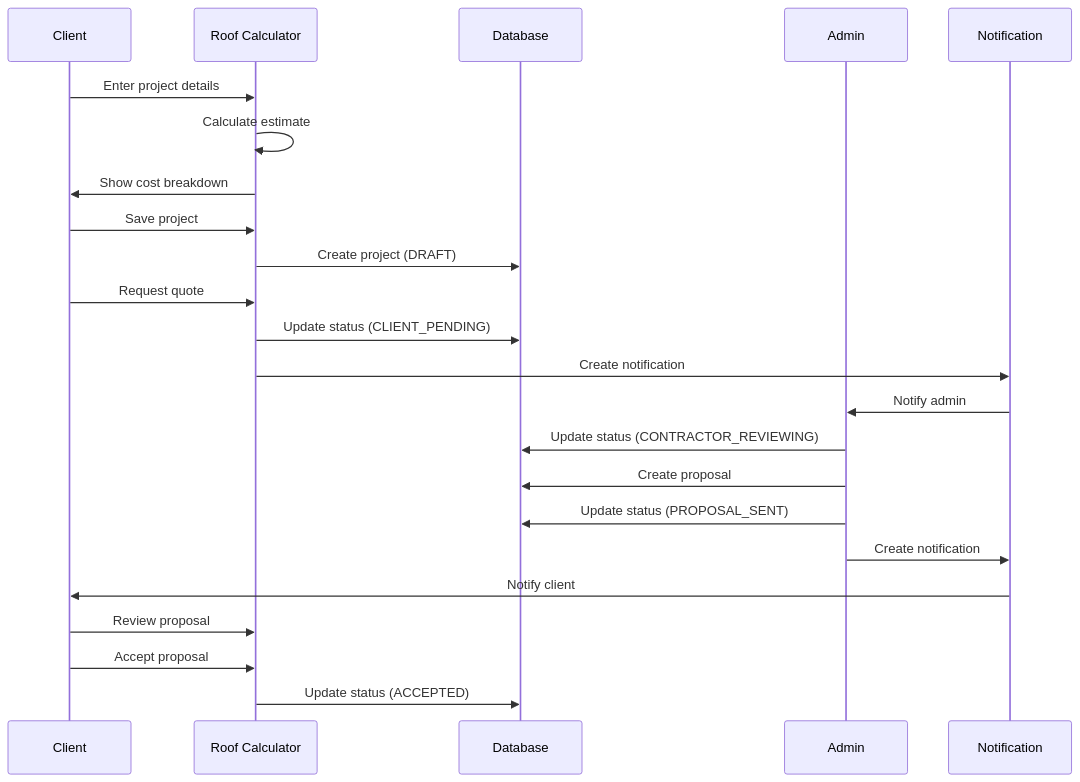
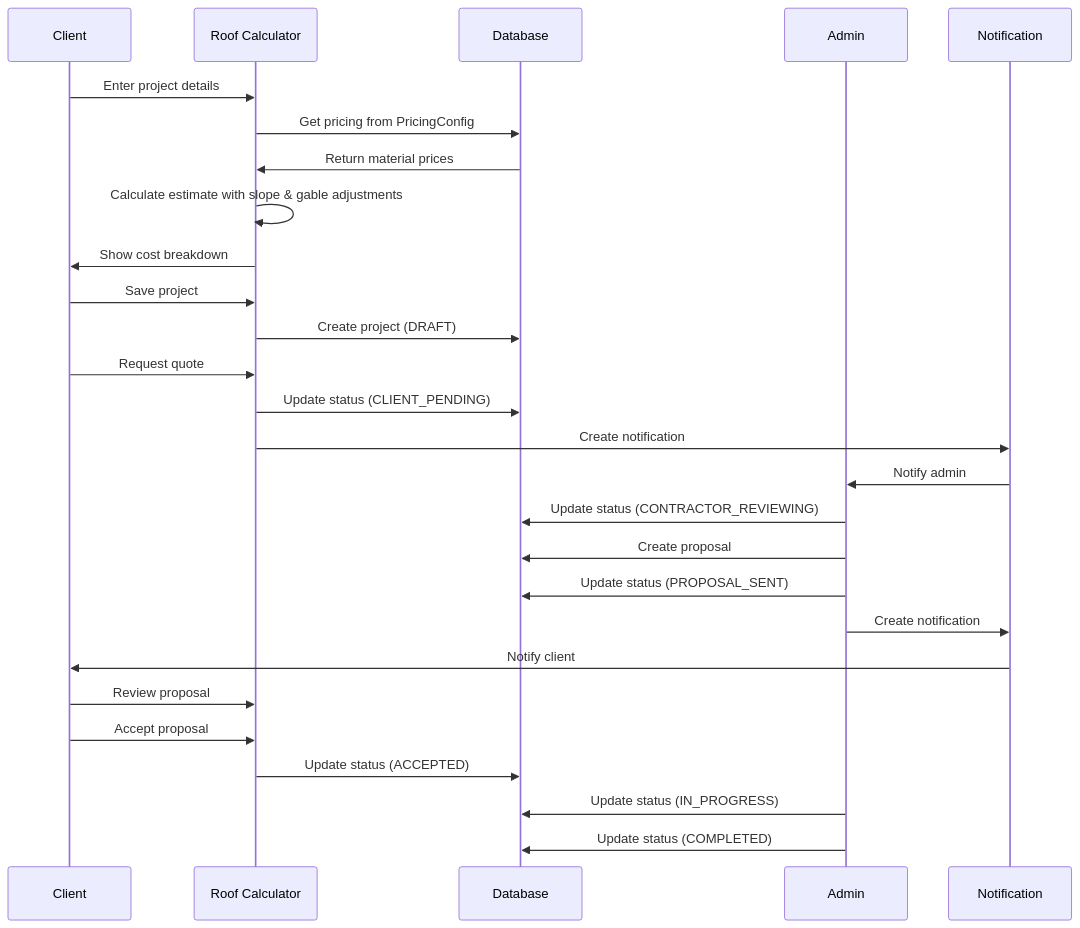
One commit to Justin322322/roofcal changed the tenth of 11 diagrams in README.md. Above: the diagram before and after it, drawn with Mermaid. The commit also changed other lines of this file and 1 other file, not shown here.

````diff
--- a/README.md
+++ b/README.md
@@ -914,26 +1132,30 @@
 ```mermaid
 sequenceDiagram
     participant C as Client
     participant RC as Roof Calculator
     participant DB as Database
     participant A as Admin
     participant N as Notification
 
     C->>RC: Enter project details
-    RC->>RC: Calculate estimate
+    RC->>DB: Get pricing from PricingConfig
+    DB->>RC: Return material prices
+    RC->>RC: Calculate estimate with slope & gable adjustments
     RC->>C: Show cost breakdown
     C->>RC: Save project
     RC->>DB: Create project (DRAFT)
     C->>RC: Request quote
     RC->>DB: Update status (CLIENT_PENDING)
     RC->>N: Create notification
     N->>A: Notify admin
     A->>DB: Update status (CONTRACTOR_REVIEWING)
     A->>DB: Create proposal
     A->>DB: Update status (PROPOSAL_SENT)
     A->>N: Create notification
     N->>C: Notify client
     C->>RC: Review proposal
     C->>RC: Accept proposal
     RC->>DB: Update status (ACCEPTED)
+    A->>DB: Update status (IN_PROGRESS)
+    A->>DB: Update status (COMPLETED)
 ```
````
